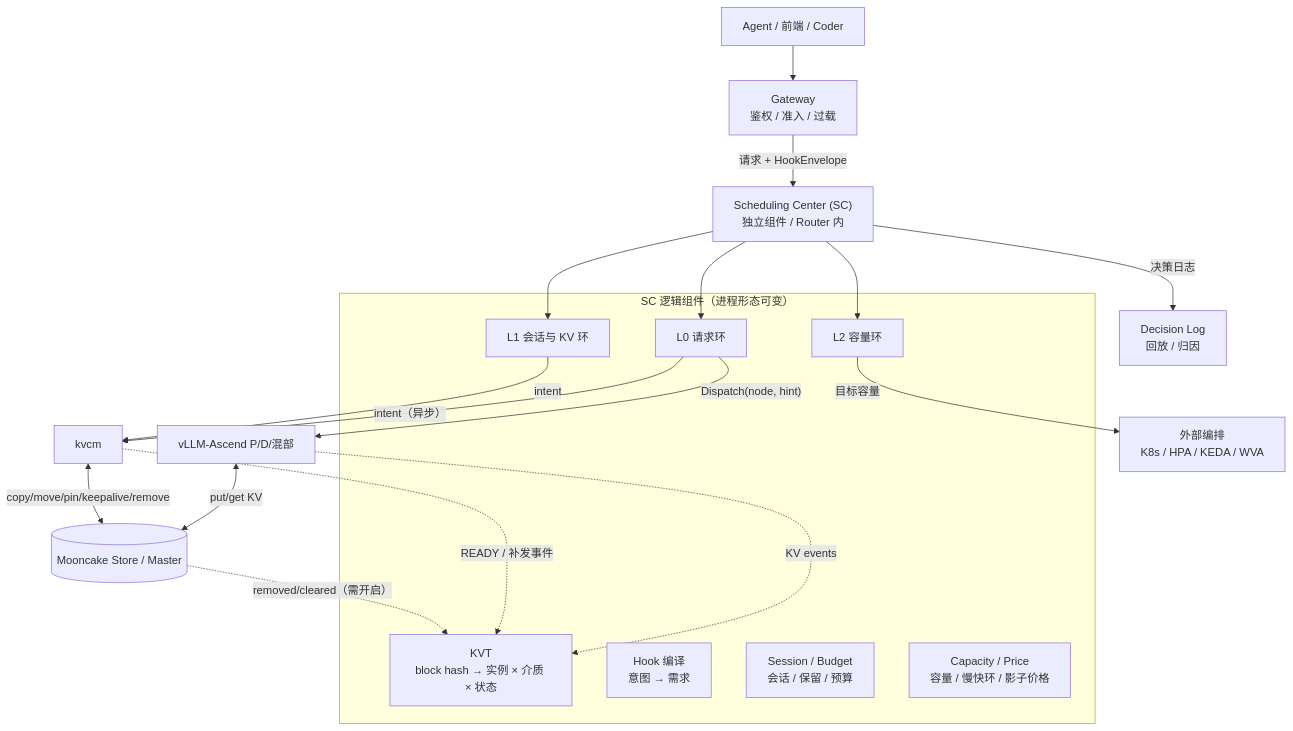
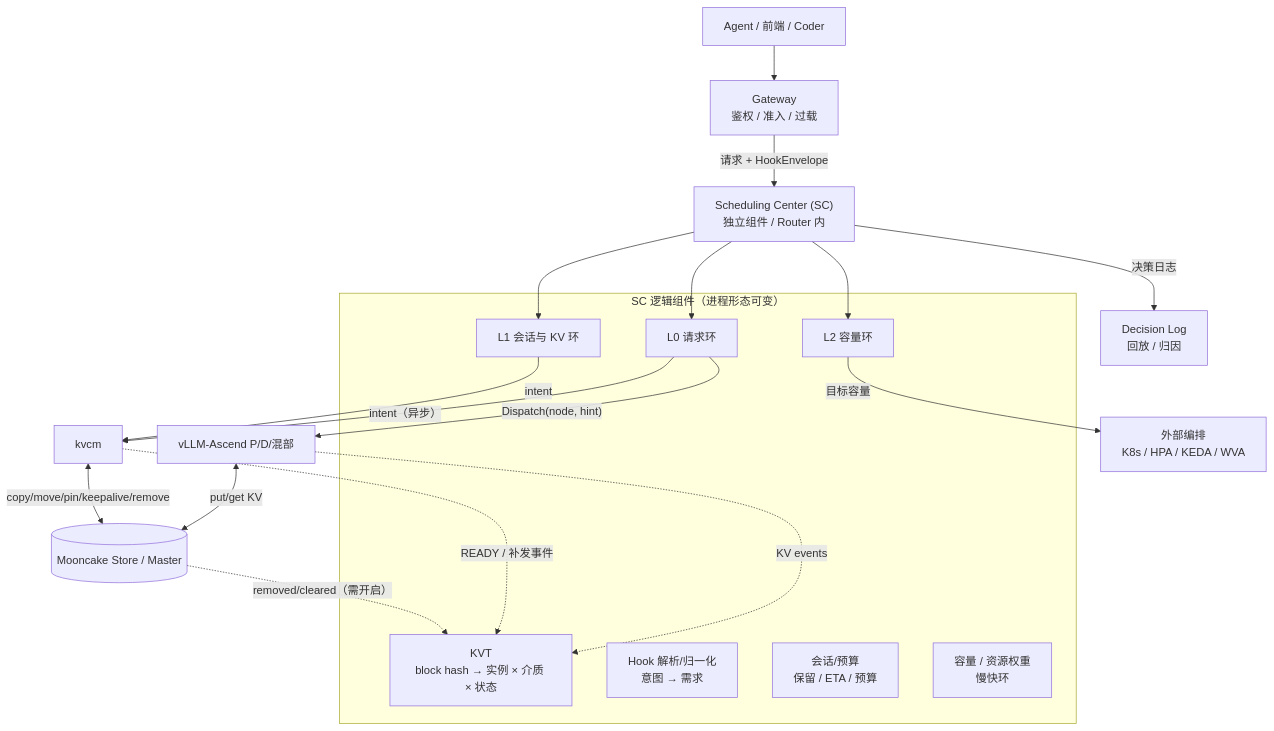
One commit to 5x8-40/lake changed the first of 7 diagrams in kvcm/design/D8-joint-scheduling.md. Above: the diagram before and after it, drawn with Mermaid. The commit also changed other lines of this file and 4 other files, not shown here.

````diff
--- a/kvcm/design/D8-joint-scheduling.md
+++ b/kvcm/design/D8-joint-scheduling.md
@@ -47,30 +46,30 @@
 ```mermaid
 flowchart TB
     A["Agent / 前端 / Coder"] --> G["Gateway<br/>鉴权 / 准入 / 过载"]
     G -->|"请求 + HookEnvelope"| R["Scheduling Center (SC)<br/>独立组件 / Router 内"]
 
     subgraph R1["SC 逻辑组件（进程形态可变）"]
         KVT["KVT<br/>block hash → 实例 × 介质 × 状态"]
-        HK["Hook 编译<br/>意图 → 需求"]
-        SES["Session / Budget<br/>会话 / 保留 / 预算"]
-        CAP["Capacity / Price<br/>容量 / 慢快环 / 影子价格"]
+        HK["Hook 解析/归一化<br/>意图 → 需求"]
+        SES["会话/预算<br/>保留 / ETA / 预算"]
+        CAP["容量 / 资源权重<br/>慢快环"]
         L0["L0 请求环"]
         L1["L1 会话与 KV 环"]
         L2["L2 容量环"]
     end
 
     R --> L0
     R --> L1
     R --> L2
     L0 -->|"Dispatch(node, hint)"| W["vLLM-Ascend P/D/混部"]
     L0 -->|"intent（异步）"| K["kvcm"]
     L1 -->|"intent"| K
     L2 -->|"目标容量"| O["外部编排<br/>K8s / HPA / KEDA / WVA"]
 
     W <-->|"put/get KV"| M[("Mooncake Store / Master")]
     W -.->|"KV events"| KVT
     K <-->|"copy/move/pin/keepalive/remove"| M
     K -.->|"READY / 补发事件"| KVT
     M -.->|"removed/cleared（需开启）"| KVT
     R -->|"决策日志"| LOG["Decision Log<br/>回放 / 归因"]
 ```
````
